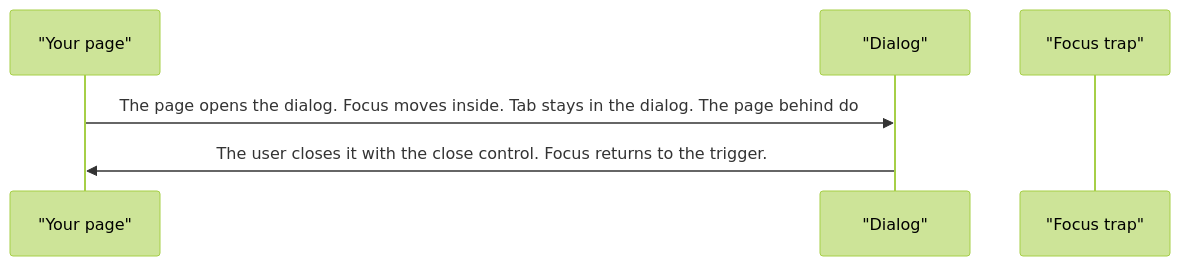
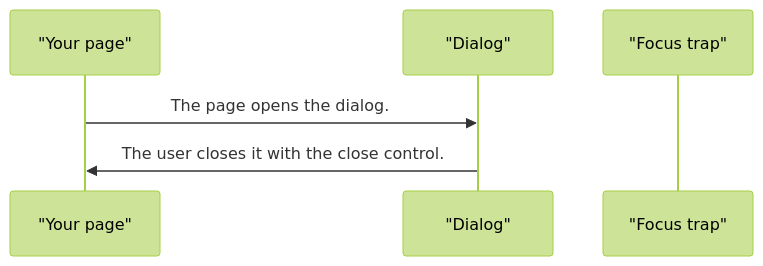
One commit to RajshekharBorate/pixel-ui changed the second of 4 diagrams in projects/pixel-ui/src/lib/pixel-dialog/DESIGN.md. Above: the diagram before and after it, drawn with Mermaid (forest theme). The commit also changed other lines of this file and 80 other files, not shown here.

Commit message:
Fill missing design flows and correct the stories that did not match component behavior.

````diff
--- a/projects/pixel-ui/src/lib/pixel-dialog/DESIGN.md
+++ b/projects/pixel-ui/src/lib/pixel-dialog/DESIGN.md
@@ -56,8 +56,8 @@
 ```mermaid
 sequenceDiagram
   participant page as "Your page"
   participant dialog as "Dialog"
   participant focus as "Focus trap"
-  page->>dialog: The page opens the dialog. Focus moves inside. Tab stays in the dialog. The page behind do
-  dialog->>page: The user closes it with the close control. Focus returns to the trigger.
+  page->>dialog: The page opens the dialog.
+  dialog->>page: The user closes it with the close control.
 ```
````
